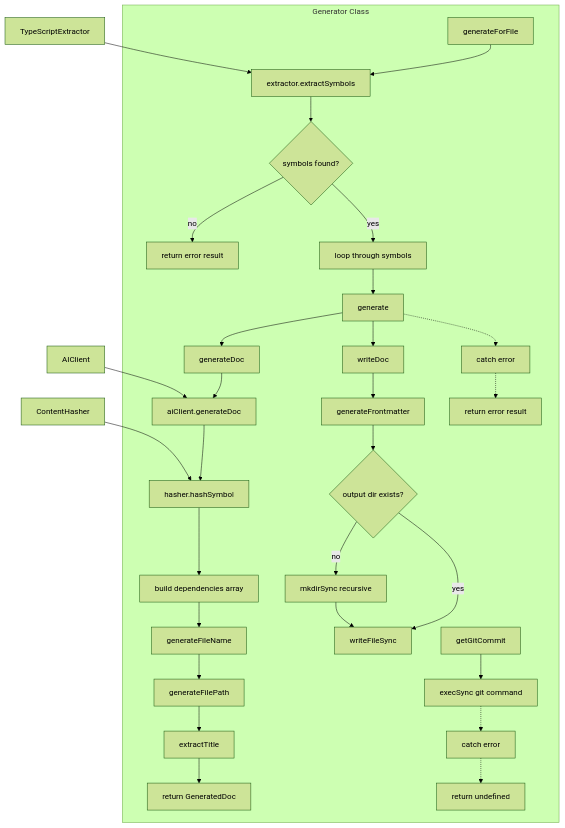
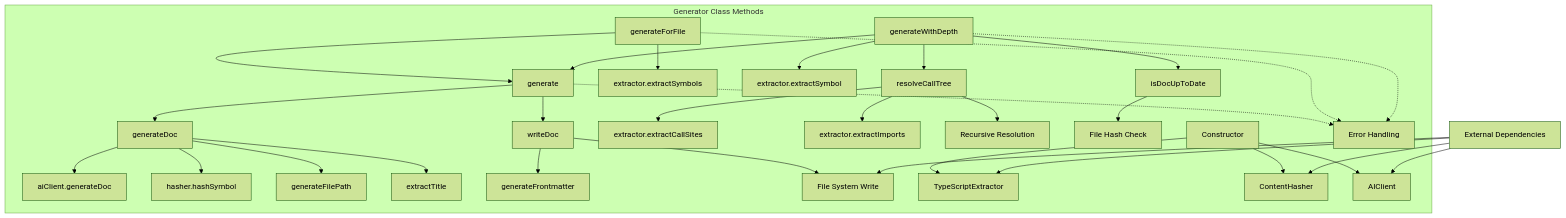
The diagram in _syncdocs/src/generator/index/generator.md (fredrivett/wend), drawn with Mermaid (forest theme) before and after one commit. The commit also changed other lines of this file and 1 other file, not shown here.

First line of the commit message:
Add mermaid diagram styling and file subgraphs to AI prompt

````diff
--- a/_syncdocs/src/generator/index/generator.md
+++ b/_syncdocs/src/generator/index/generator.md
@@ -16,37 +16,40 @@
 ```mermaid
 flowchart TD
-    subgraph Generator["Generator Class"]
+    subgraph Generator["Generator Class Methods"]
         A[generate] --> B[generateDoc]
-        C[generateForFile] --> D[extractor.extractSymbols]
-        D --> E{symbols found?}
-        E -->|no| F[return error result]
-        E -->|yes| G[loop through symbols]
-        G --> A
+        B --> C[aiClient.generateDoc]
+        B --> D[hasher.hashSymbol]
+        B --> E[generateFilePath]
+        B --> F[extractTitle]
         
-        B --> H[aiClient.generateDoc]
-        H --> I[hasher.hashSymbol]
-        I --> J[build dependencies array]
-        J --> K[generateFileName]
-        K --> L[generateFilePath]
-        L --> M[extractTitle]
-        M --> N[return GeneratedDoc]
+        A --> G[writeDoc]
+        G --> H[generateFrontmatter]
+        G --> I[File System Write]
         
-        A --> O[writeDoc]
-        O --> P[generateFrontmatter]
-        P --> Q{output dir exists?}
-        Q -->|no| R[mkdirSync recursive]
-        Q -->|yes| S[writeFileSync]
-        R --> S
+        J[generateForFile] --> K[extractor.extractSymbols]
+        J --> A
         
-        A -.-> T[catch error]
-        T -.-> U[return error result]
+        L[generateWithDepth] --> M[extractor.extractSymbol]
+        L --> N[resolveCallTree]
+        N --> O[extractor.extractCallSites]
+        N --> P[extractor.extractImports]
+        N --> Q[Recursive Resolution]
         
-        V[getGitCommit] --> W[execSync git command]
-        W -.-> X[catch error]
-        X -.-> Y[return undefined]
+        L --> R[isDocUpToDate]
+        R --> S[File Hash Check]
+        L --> A
+        
+        T[Constructor] --> U[TypeScriptExtractor]
+        T --> V[ContentHasher]
+        T --> W[AIClient]
+        
+        A -.-> X[Error Handling]
+        J -.-> X
+        L -.-> X
     end
     
-    Z[TypeScriptExtractor] --> D
-    AA[AIClient] --> H
-    BB[ContentHasher] --> I
+    Y[External Dependencies] --> U
+    Y --> V
+    Y --> W
+    Y --> I
 ```
````
